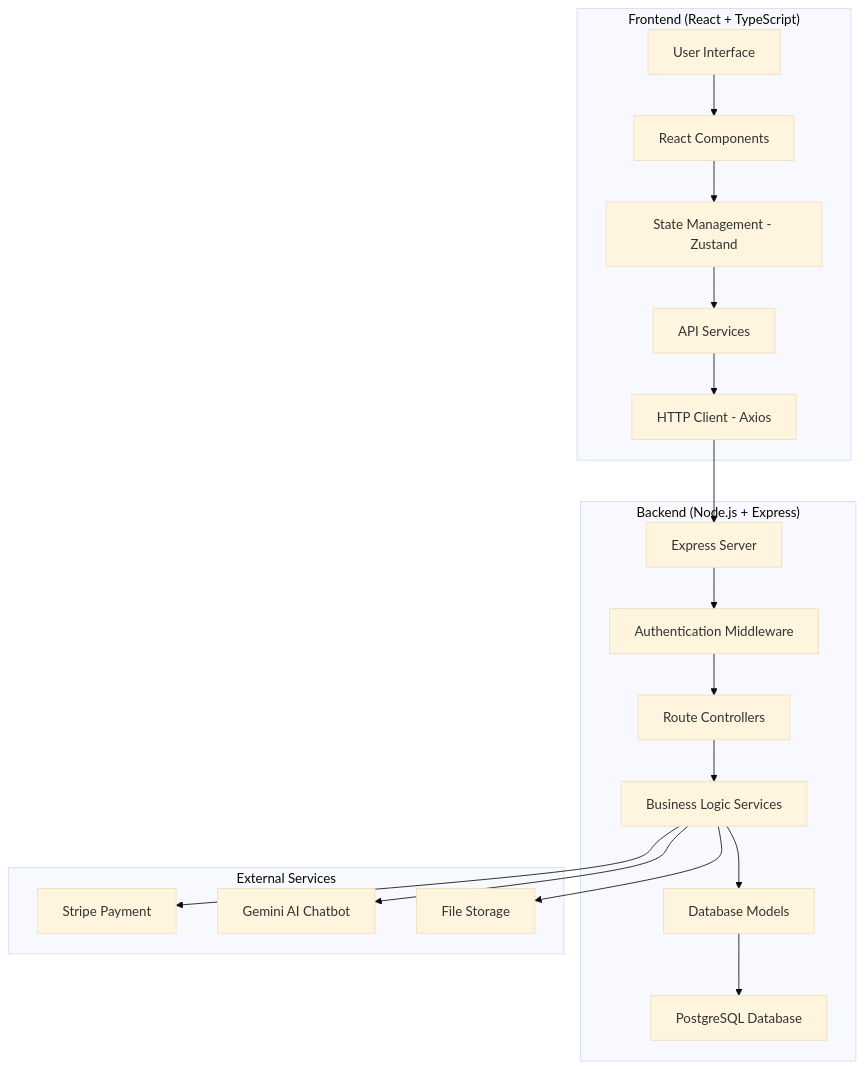
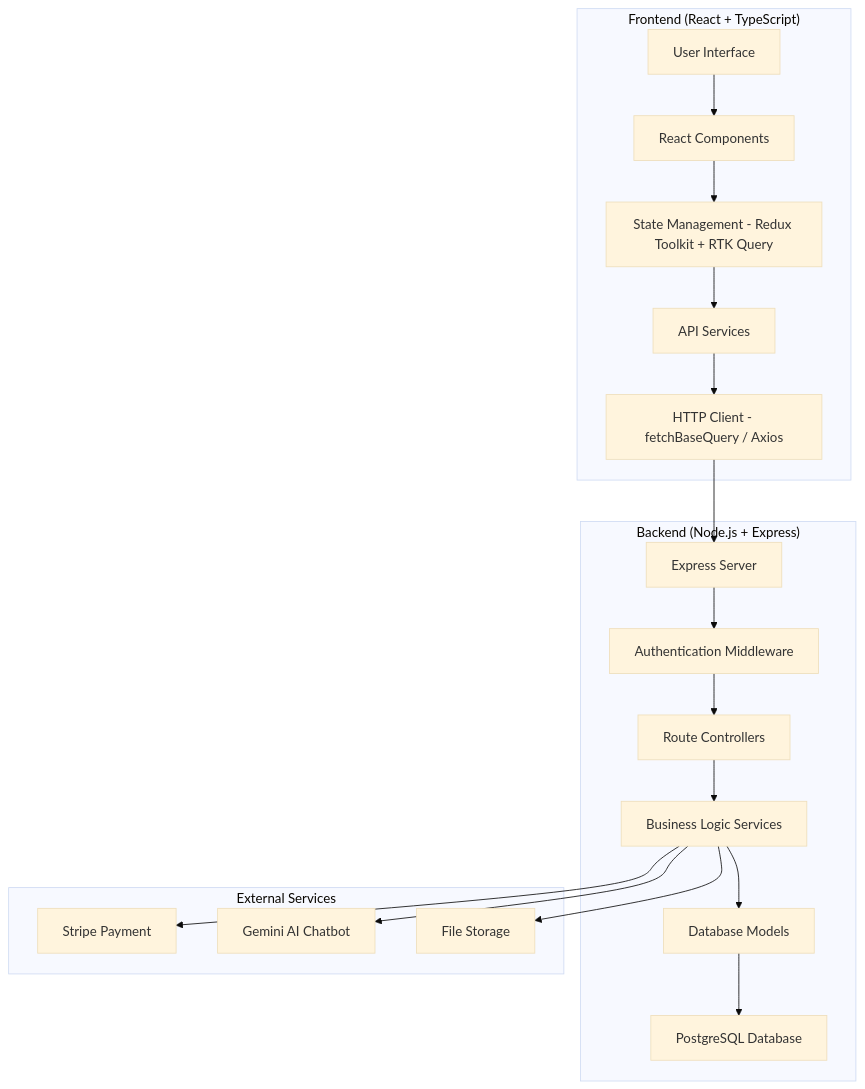
One commit to hoaiiann0804/Mini-E-commerce-Platform changed the first of 11 diagrams in README.md. Above: the diagram before and after it, drawn with Mermaid (base theme). The commit also changed other lines of this file, not shown here.

````diff
--- a/README.md
+++ b/README.md
@@ -19,28 +18,28 @@
 ```mermaid
 graph TB
     subgraph "Frontend (React + TypeScript)"
         A[User Interface] --> B[React Components]
-        B --> C[State Management - Zustand]
+        B --> C[State Management - Redux Toolkit + RTK Query]
         C --> D[API Services]
-        D --> E[HTTP Client - Axios]
+        D --> E[HTTP Client - fetchBaseQuery / Axios]
     end
 
     subgraph "Backend (Node.js + Express)"
         F[Express Server] --> G[Authentication Middleware]
         G --> H[Route Controllers]
         H --> I[Business Logic Services]
         I --> J[Database Models]
         J --> K[PostgreSQL Database]
     end
 
     subgraph "External Services"
         L[Stripe Payment]
         M[Gemini AI Chatbot]
         N[File Storage]
     end
 
     E --> F
     I --> L
     I --> M
     I --> N
 ```
````
